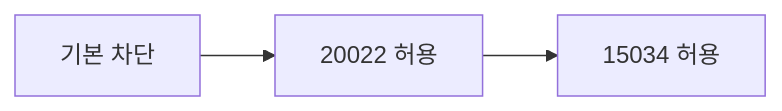
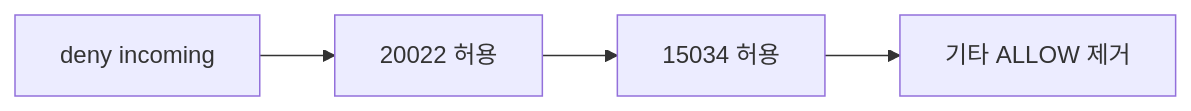
Before and after one commit to MetaStudy999/codyssey-basic-b1-1-system-monitor: the fourth of 12 diagrams in training/round-01-clear/BEGINNER-GUIDE.md, drawn with Mermaid. The commit also changed other lines of this file, not shown here.

````diff
--- a/training/round-01-clear/BEGINNER-GUIDE.md
+++ b/training/round-01-clear/BEGINNER-GUIDE.md
@@ -333,4 +352,4 @@
 ```mermaid
 flowchart LR
-    A[기본 차단] --> B[20022 허용] --> C[15034 허용]
+    A[deny incoming] --> B[20022 허용] --> C[15034 허용] --> D[기타 ALLOW 제거]
 ```
````
